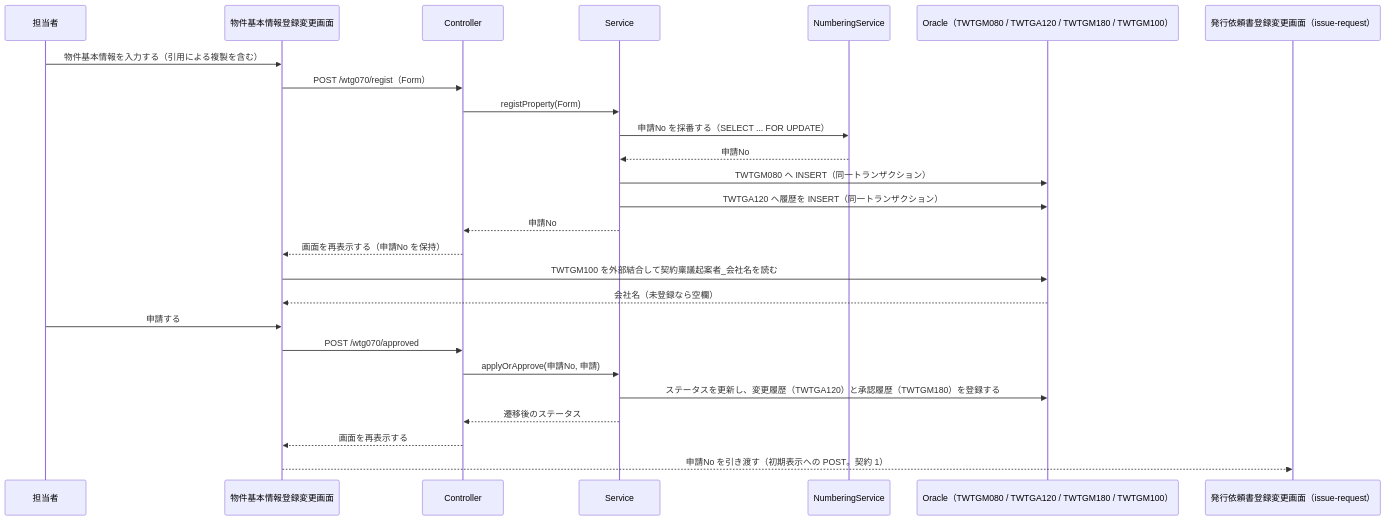
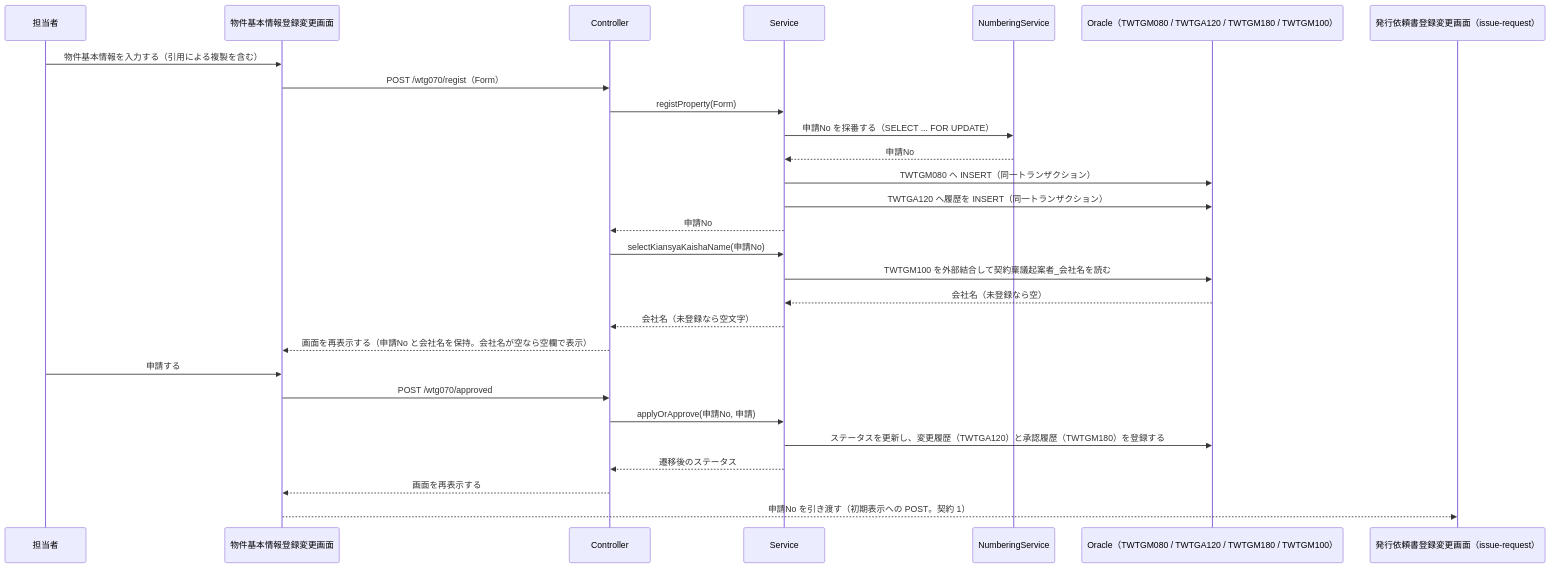
Before and after one commit to masato-teramoto/Wing: the second of 3 diagrams in specs/property-basic-info/design.md, drawn with Mermaid. The commit also changed other lines of this file and 15 other files, not shown here.

````diff
--- a/specs/property-basic-info/design.md
+++ b/specs/property-basic-info/design.md
@@ -616,29 +675,31 @@
 ```mermaid
 sequenceDiagram
     participant U as 担当者
     participant W as 物件基本情報登録変更画面
     participant C as Controller
     participant S as Service
     participant N as NumberingService
     participant D as Oracle（TWTGM080 / TWTGA120 / TWTGM180 / TWTGM100）
     participant I as 発行依頼書登録変更画面（issue-request）
 
     U->>W: 物件基本情報を入力する（引用による複製を含む）
     W->>C: POST /wtg070/regist（Form）
     C->>S: registProperty(Form)
     S->>N: 申請No を採番する（SELECT ... FOR UPDATE）
     N-->>S: 申請No
     S->>D: TWTGM080 へ INSERT（同一トランザクション）
     S->>D: TWTGA120 へ履歴を INSERT（同一トランザクション）
     S-->>C: 申請No
-    C-->>W: 画面を再表示する（申請No を保持）
-    W->>D: TWTGM100 を外部結合して契約稟議起案者_会社名を読む
-    D-->>W: 会社名（未登録なら空欄）
+    C->>S: selectKiansyaKaishaName(申請No)
+    S->>D: TWTGM100 を外部結合して契約稟議起案者_会社名を読む
+    D-->>S: 会社名（未登録なら空）
+    S-->>C: 会社名（未登録なら空文字）
+    C-->>W: 画面を再表示する（申請No と会社名を保持。会社名が空なら空欄で表示）
     U->>W: 申請する
     W->>C: POST /wtg070/approved
     C->>S: applyOrApprove(申請No, 申請)
     S->>D: ステータスを更新し、変更履歴（TWTGA120）と承認履歴（TWTGM180）を登録する
     S-->>C: 遷移後のステータス
     C-->>W: 画面を再表示する
     W-->>I: 申請No を引き渡す（初期表示への POST。契約 1）
 ```
````
